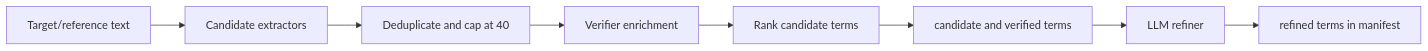
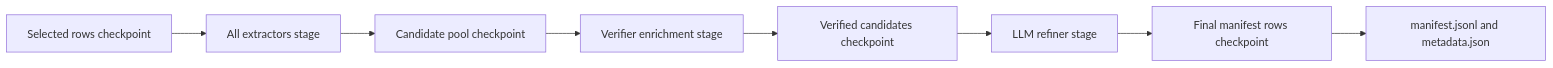
Before and after one commit to MohammadKhodadad/Chem-Machine-Translation: the second of 3 diagrams in docs/benchmark-generation-pipeline.md, drawn with Mermaid. The commit also changed other lines of this file and 9 other files, not shown here.

````diff
--- a/docs/benchmark-generation-pipeline.md
+++ b/docs/benchmark-generation-pipeline.md
@@ -67,10 +69,10 @@
 ```mermaid
 flowchart LR
-  A[Target/reference text] --> B[Candidate extractors]
-  B --> C[Deduplicate and cap at 40]
-  C --> D[Verifier enrichment]
-  D --> E[Rank candidate terms]
-  E --> F[candidate and verified terms]
-  F --> G[LLM refiner]
-  G --> H[refined terms in manifest]
+  A[Selected rows checkpoint] --> B[All extractors stage]
+  B --> C[Candidate pool checkpoint]
+  C --> D[Verifier enrichment stage]
+  D --> E[Verified candidates checkpoint]
+  E --> F[LLM refiner stage]
+  F --> G[Final manifest rows checkpoint]
+  G --> H[manifest.jsonl and metadata.json]
 ```
````
